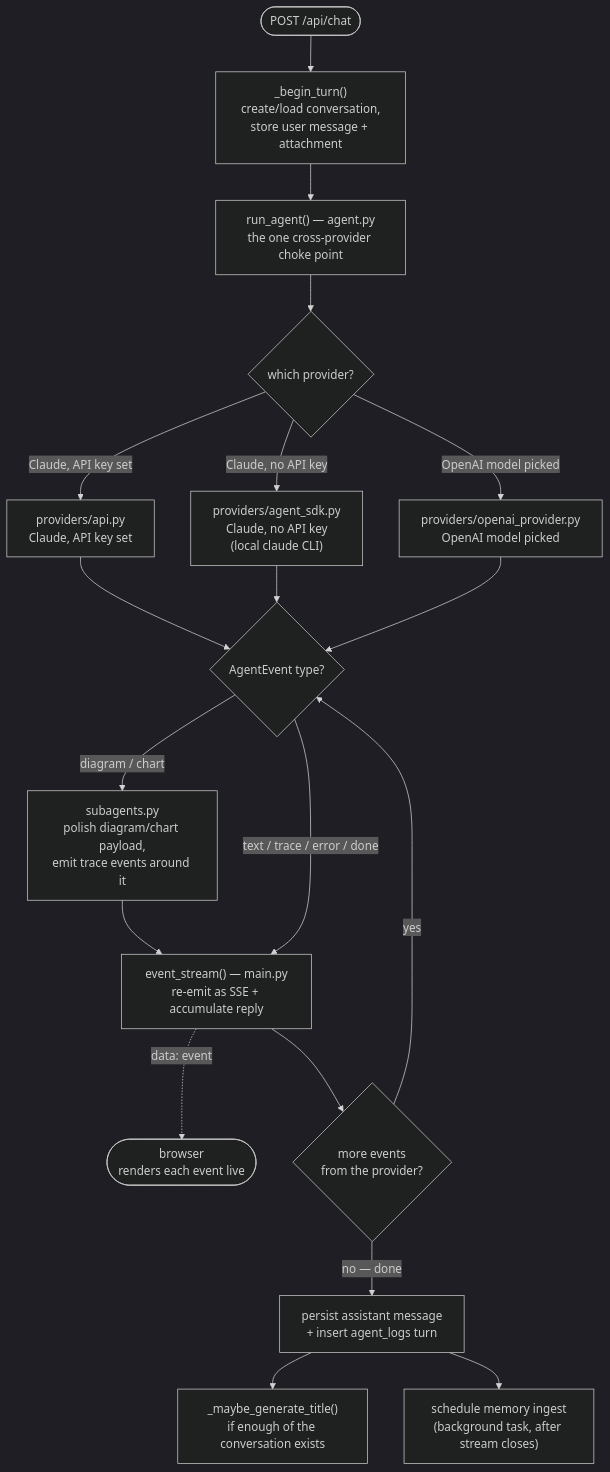
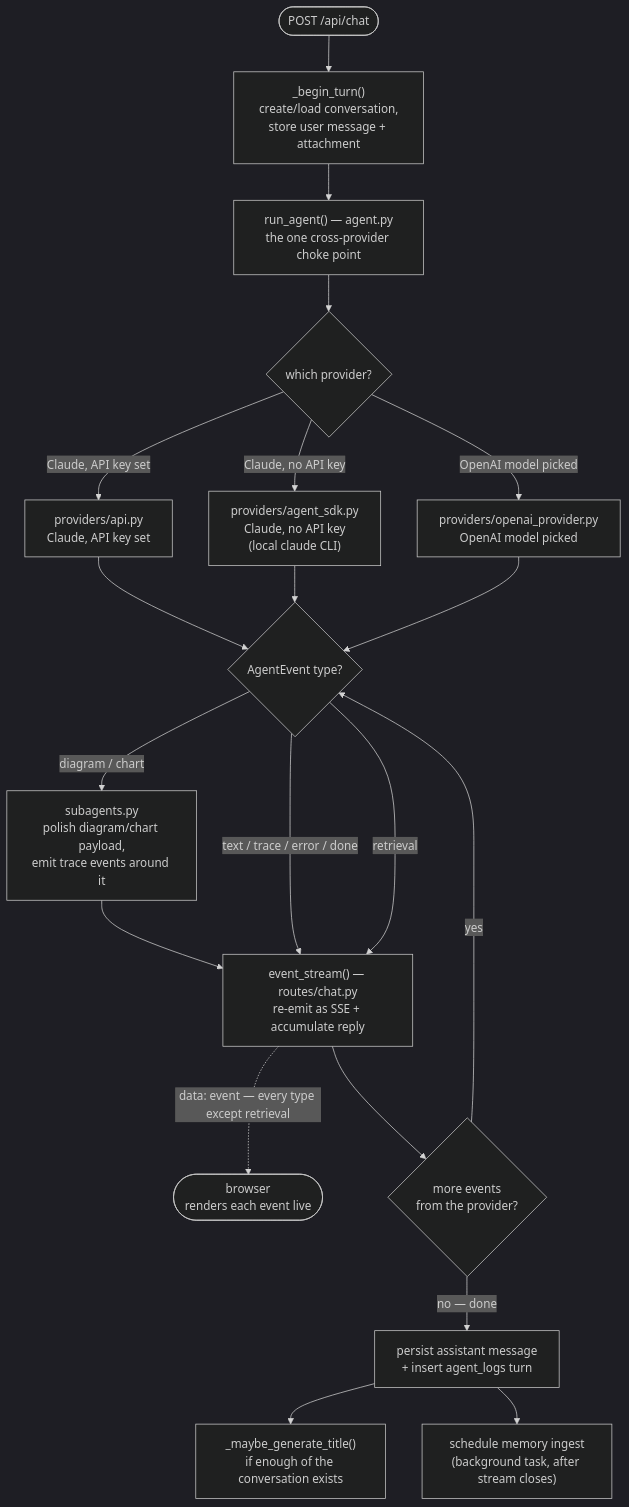
Before and after one commit to logado-zero/diagrammer: the third of 5 diagrams in HOWTHEYWORK.md, drawn with Mermaid (dark theme). The commit also changed other lines of this file and 2 other files, not shown here.

Commit message:
Docs: HOWTHEYWORK — file map, route list, routes/hooks pointers, retrieval branch

````diff
--- a/HOWTHEYWORK.md
+++ b/HOWTHEYWORK.md
@@ -245,34 +251,35 @@
 ```mermaid
 flowchart TD
     Req(["POST /api/chat"])
     Begin["_begin_turn()<br/>create/load conversation,<br/>store user message + attachment"]
     Run["run_agent() — agent.py<br/>the one cross-provider choke point"]
     Pick{"which provider?"}
     Api["providers/api.py<br/>Claude, API key set"]
     Sdk["providers/agent_sdk.py<br/>Claude, no API key<br/>(local claude CLI)"]
     Oai["providers/openai_provider.py<br/>OpenAI model picked"]
     Ev{"AgentEvent type?"}
     Sub["subagents.py<br/>polish diagram/chart payload,<br/>emit trace events around it"]
-    Emit["event_stream() — main.py<br/>re-emit as SSE + accumulate reply"]
+    Emit["event_stream() — routes/chat.py<br/>re-emit as SSE + accumulate reply"]
     Client(["browser<br/>renders each event live"])
     Loop{"more events<br/>from the provider?"}
     Persist["persist assistant message<br/>+ insert agent_logs turn"]
     Title["_maybe_generate_title()<br/>if enough of the conversation exists"]
     Mem["schedule memory ingest<br/>(background task, after stream closes)"]
 
     Req --> Begin --> Run --> Pick
     Pick -->|Claude, API key set| Api
     Pick -->|Claude, no API key| Sdk
     Pick -->|OpenAI model picked| Oai
     Api --> Ev
     Sdk --> Ev
     Oai --> Ev
     Ev -->|diagram / chart| Sub --> Emit
     Ev -->|text / trace / error / done| Emit
-    Emit -.->|data: event| Client
+    Ev -->|retrieval| Emit
+    Emit -.->|data: event — every type except retrieval| Client
     Emit --> Loop
     Loop -->|yes| Ev
     Loop -->|no — done| Persist
     Persist --> Title
     Persist --> Mem
 ```
````
